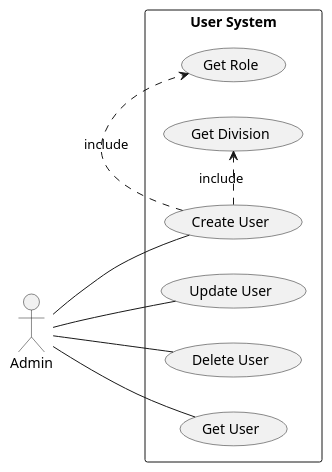
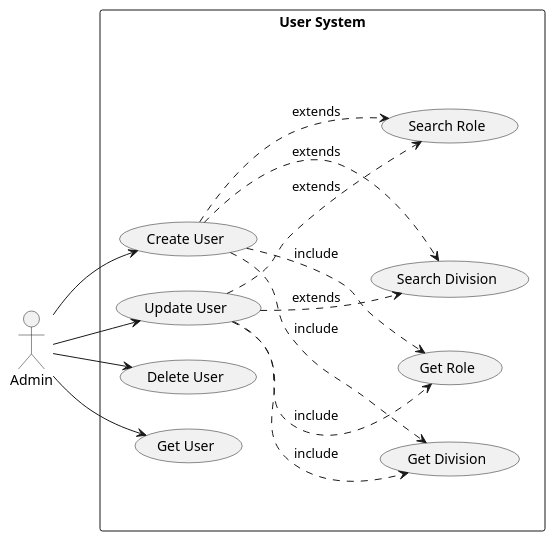
Before and after one commit to fwidjaya20/fazzlearning-uml: the diagram in UseCase/Release01/UserSubSystem.wsd, drawn with PlantUML. The commit also changed 8 other files, not shown here.

```diff
--- a/UseCase/Release01/UserSubSystem.wsd
+++ b/UseCase/Release01/UserSubSystem.wsd
@@ -1,18 +1,28 @@
 @startuml UserSubSystem
 
 left to right direction
+
+skinparam Monochrome true
+skinparam Shadowing false
 skinparam packageStyle rectangle
 
 actor Admin
 
 rectangle "User System" {
-    Admin -- (Create User)
-    Admin -- (Update User)
-    Admin -- (Delete User)
-    Admin -- (Get User)
+    Admin --> (Create User)
+    Admin --> (Update User)
+    Admin --> (Delete User)
+    Admin --> (Get User)
 
-    (Create User) .> (Get Role) : include
-    (Create User) .> (Get Division) : include
+    (Create User) ..> (Get Role) : include
+    (Create User) ..> (Get Division) : include
+    (Create User) ..> (Search Role) : extends
+    (Create User) ..> (Search Division) : extends
+
+    (Update User) ..> (Get Role) : include
+    (Update User) ..> (Get Division) : include
+    (Update User) ..> (Search Role) : extends
+    (Update User) ..> (Search Division) : extends
 }
 
 @enduml
```
